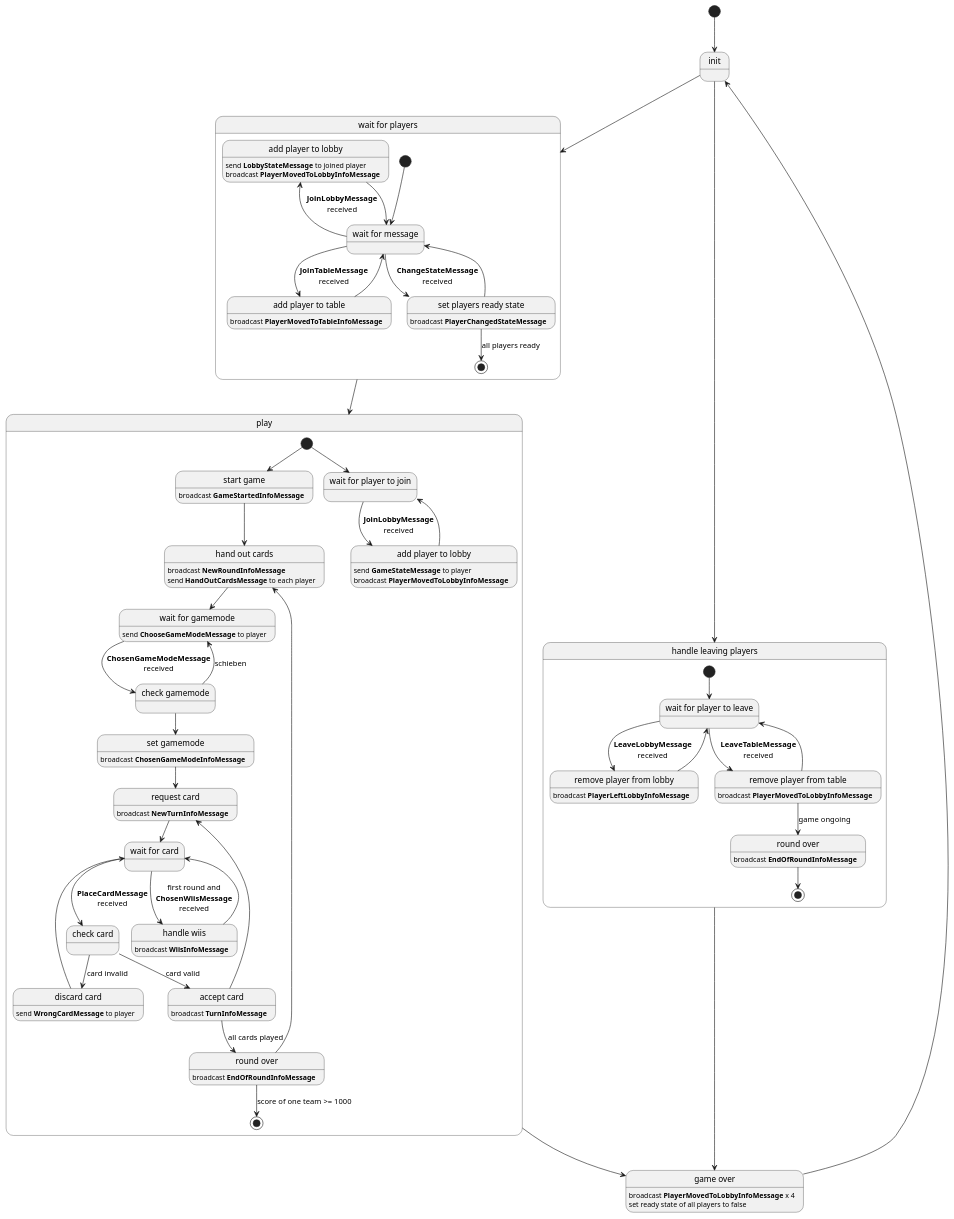
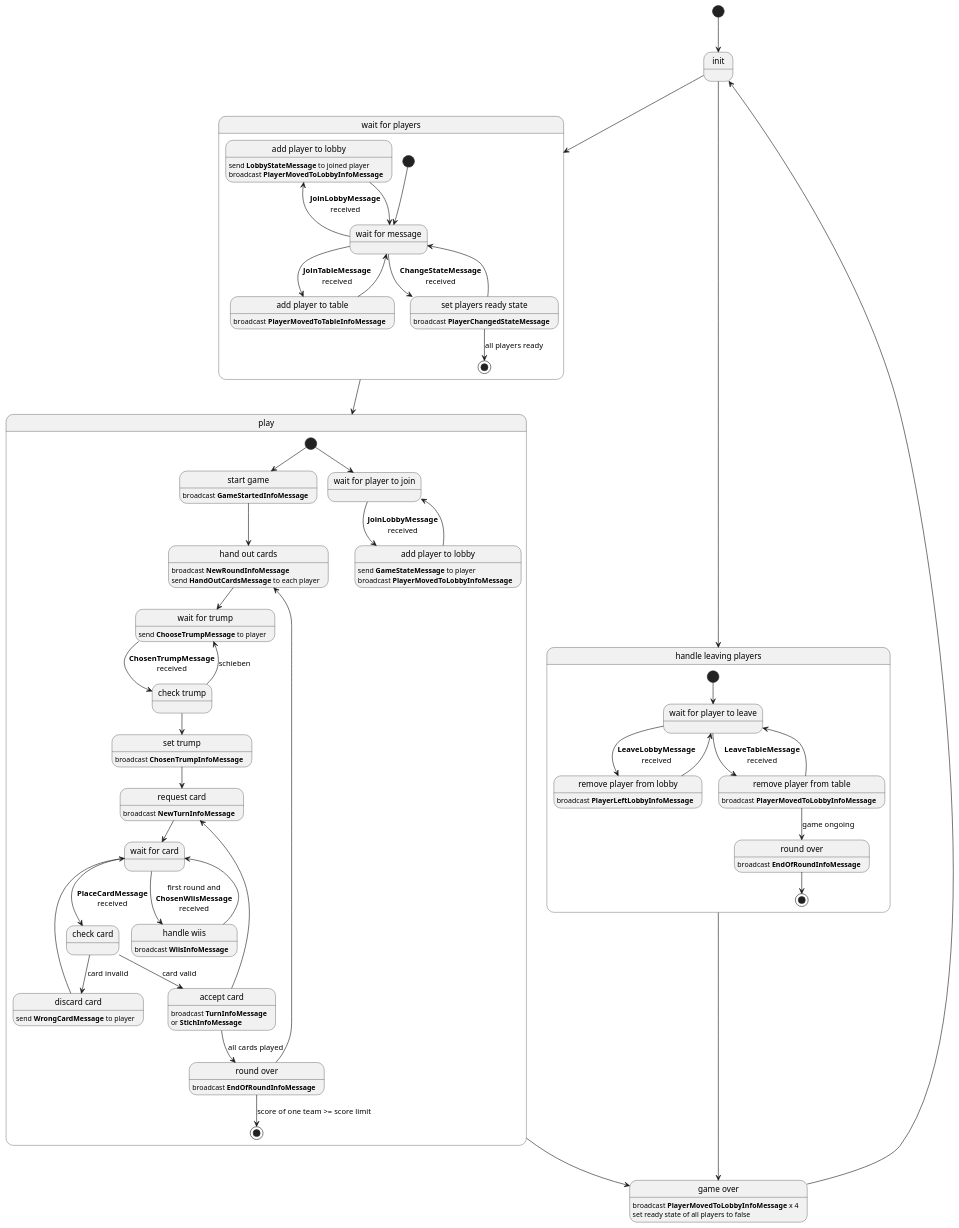
One commit to mcalzaferri/ntb-jass-common changed the diagram in StateDiagram.plantuml. Above: the diagram before and after it, drawn with PlantUML. The commit also changed 1 other file, not shown here.

Commit message:
Update state diagram

```diff
--- a/StateDiagram.plantuml
+++ b/StateDiagram.plantuml
@@ -1,95 +1,96 @@
 @startuml
 skinparam dpi 100
 skinparam shadowing false
 
 [*] --> init
 init --> lobby
 init --> handleLeave
 
 state "wait for players" as lobby {
       state "wait for message" as waitForMsg
       state "add player to lobby" as addPlayerToLobby :\
       send **LobbyStateMessage** to joined player\nbroadcast **PlayerMovedToLobbyInfoMessage**
       state "add player to table" as addPlayerToTable : broadcast **PlayerMovedToTableInfoMessage**
       state "set players ready state" as setPlayerReadyState : broadcast **PlayerChangedStateMessage**
 
       [*] --> waitForMsg
       waitForMsg -left-> addPlayerToLobby : **JoinLobbyMessage**\nreceived
       waitForMsg --> addPlayerToTable : **JoinTableMessage**\nreceived
       waitForMsg --> setPlayerReadyState : **ChangeStateMessage**\nreceived
       addPlayerToLobby --> waitForMsg
       addPlayerToTable --> waitForMsg
       setPlayerReadyState --> waitForMsg
       setPlayerReadyState --> [*] : all players ready
 }
 
 lobby --> play
 
 state "play" as play {
       state "start game" as startGame : broadcast **GameStartedInfoMessage**
       state "hand out cards" as handOut : \
       broadcast **NewRoundInfoMessage**\nsend **HandOutCardsMessage** to each player
-      state "wait for gamemode" as waitMode : send **ChooseGameModeMessage** to player
+      state "wait for trump" as waitTrump : send **ChooseTrumpMessage** to player
       state "wait for card" as waitForCard
-      state "set gamemode" as setGameMode : broadcast **ChosenGameModeInfoMessage**
-      state "check gamemode" as checkGameMode
+      state "set trump" as setTrump : broadcast **ChosenTrumpInfoMessage**
+      state "check trump" as checkTrump
       state "request card" as requestCard : broadcast **NewTurnInfoMessage**
       state "check card" as checkCard
-      state "accept card" as acceptCard : broadcast **TurnInfoMessage**
+      state "accept card" as acceptCard : \
+      broadcast **TurnInfoMessage**\nor **StichInfoMessage**
       state "discard card" as discardCard : send **WrongCardMessage** to player
       state "handle wiis" as handleWiis : broadcast **WiisInfoMessage**
       state "round over" as roundOver : broadcast **EndOfRoundInfoMessage**
 
       [*] --> startGame
       startGame --> handOut
-      handOut --> waitMode
-      waitMode --> checkGameMode : **ChosenGameModeMessage**\nreceived
-      checkGameMode --> waitMode : schieben
-      checkGameMode --> setGameMode
-      setGameMode --> requestCard
+      handOut --> waitTrump
+      waitTrump --> checkTrump : **ChosenTrumpMessage**\nreceived
+      checkTrump --> waitTrump : schieben
+      checkTrump --> setTrump
+      setTrump --> requestCard
       requestCard --> waitForCard
       waitForCard --> checkCard : **PlaceCardMessage**\nreceived
       waitForCard --> handleWiis : first round and\n**ChosenWiisMessage**\nreceived
       handleWiis --> waitForCard
       checkCard --> acceptCard : card valid
       acceptCard --> requestCard
       checkCard --> discardCard : card invalid
       discardCard --> waitForCard
       acceptCard --> roundOver : all cards played
       roundOver --> handOut
-      roundOver --> [*] : score of one team >= 1000
+      roundOver --> [*] : score of one team >= score limit
 
       state "wait for player to join" as waitForJoin2
       state "add player to lobby" as addPlayerToLobby2 : \
       send **GameStateMessage** to player\nbroadcast **PlayerMovedToLobbyInfoMessage**
 
       [*] --> waitForJoin2
       waitForJoin2 --> addPlayerToLobby2 : **JoinLobbyMessage**\nreceived
       addPlayerToLobby2 --> waitForJoin2
 }
 
 state "game over" as gameOver : \
 broadcast **PlayerMovedToLobbyInfoMessage** x 4\n\
 set ready state of all players to false
 
 play --> gameOver
 gameOver -up-> init
 
 state "handle leaving players" as handleLeave {
       state "remove player from lobby" as removePlayerFromLobby : broadcast **PlayerLeftLobbyInfoMessage**
       state "remove player from table" as removePlayerFromTable : broadcast **PlayerMovedToLobbyInfoMessage**
       state "wait for player to leave" as waitForLeave
       state "round over" as roundOver2 : broadcast **EndOfRoundInfoMessage**
 
       [*] --> waitForLeave
       waitForLeave -right-> removePlayerFromLobby : **LeaveLobbyMessage**\nreceived
       removePlayerFromLobby --> waitForLeave
       waitForLeave --> removePlayerFromTable : **LeaveTableMessage**\nreceived
       removePlayerFromTable --> waitForLeave
       removePlayerFromTable --> roundOver2 : game ongoing
       roundOver2 --> [*]
 }
 
 handleLeave --> gameOver
 
 @enduml
```
